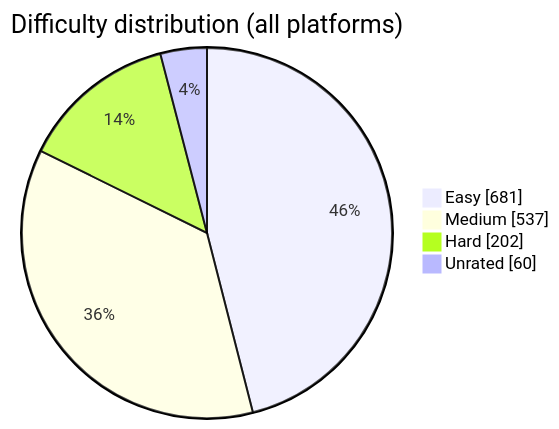
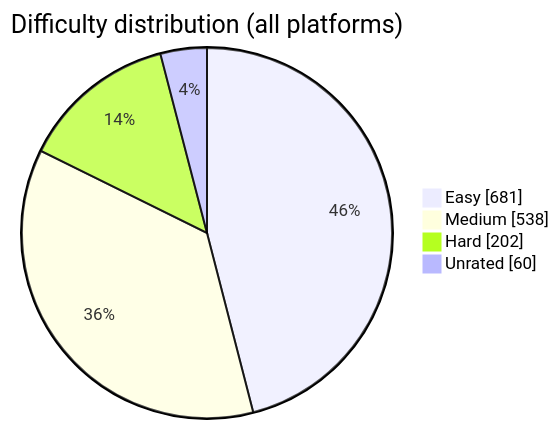
One commit to BuildbyArindam/Daily-Coding-Log changed the diagram in README.md. Above: the diagram before and after it, drawn with Mermaid. The commit also changed other lines of this file, not shown here.

````diff
--- a/README.md
+++ b/README.md
@@ -93,7 +93,7 @@
 ```mermaid
 pie showData title Difficulty distribution (all platforms)
     "Easy" : 681
-    "Medium" : 537
+    "Medium" : 538
     "Hard" : 202
     "Unrated" : 60
 ```
````
